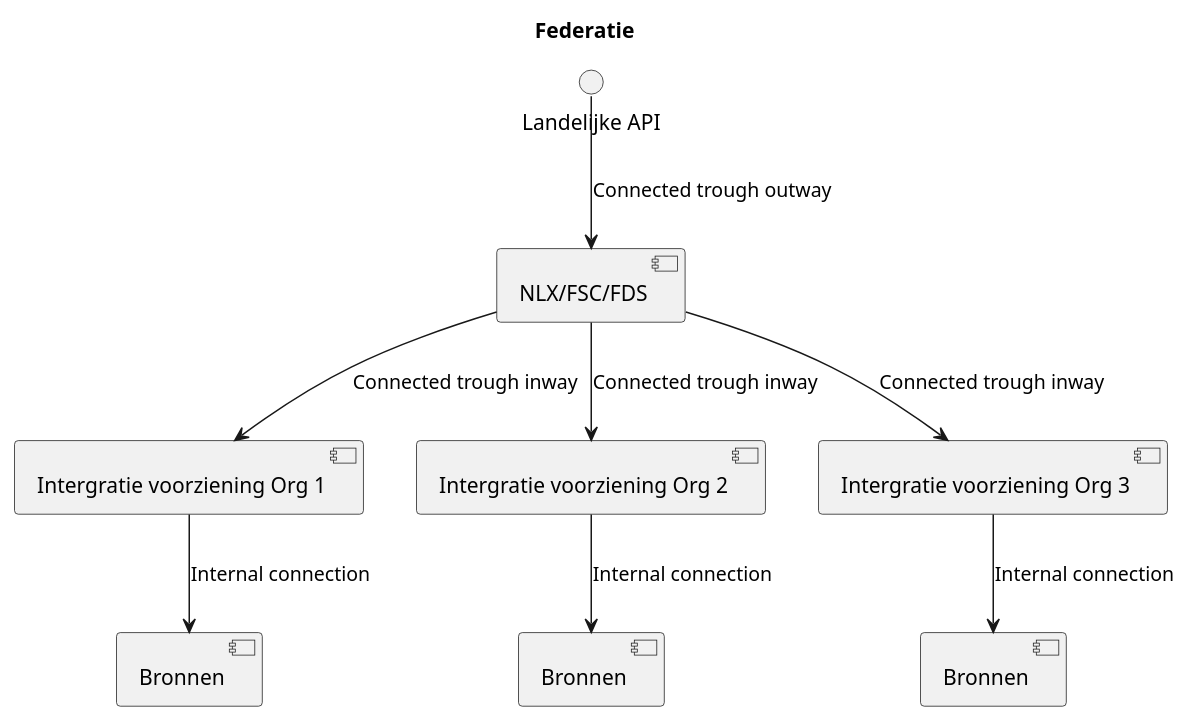
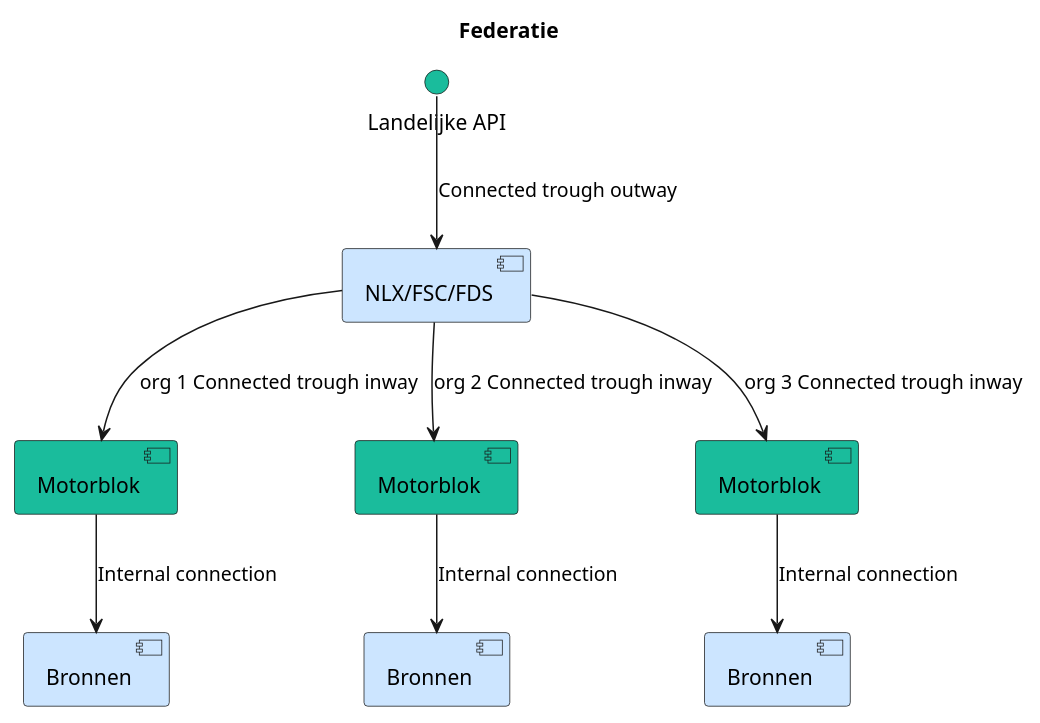
The diagram in docs/Federatie.puml (ConductionNL/woo-website-template), drawn with PlantUML before and after one commit. The commit also changed 7 other files, not shown here.

Commit message:
Update op de architectuur plaat

```diff
--- a/docs/Federatie.puml
+++ b/docs/Federatie.puml
@@ -1,25 +1,25 @@
 @startuml
 title Federatie
 
 ' User Interface Component
-interface "Landelijke API" as Api
+interface "Landelijke API" as Api #1abc9c
 
 ' Backend Components
-component "NLX/FSC/FDS" as NLX
-component "Intergratie voorziening Org 1" as Org1
-component "Intergratie voorziening Org 2" as Org2
-component "Intergratie voorziening Org 3" as Org3
-component "Bronnen" as BronnenOrg1
-component "Bronnen" as BronnenOrg2
-component "Bronnen" as BronnenOrg3
+component "NLX/FSC/FDS" as NLX #cce5ff
+component "Motorblok" as Org1 #1abc9c
+component "Motorblok" as Org2 #1abc9c
+component "Motorblok" as Org3 #1abc9c
+component "Bronnen" as BronnenOrg1 #cce5ff
+component "Bronnen" as BronnenOrg2 #cce5ff
+component "Bronnen" as BronnenOrg3 #cce5ff
 
 ' Relationships
 Api -down-> NLX : Connected trough outway
-NLX -down-> Org1 : Connected trough inway
-NLX -down-> Org2 : Connected trough inway
-NLX -down-> Org3 : Connected trough inway
+NLX -down-> Org1 : org 1 Connected trough inway
+NLX -down-> Org2 : org 2 Connected trough inway
+NLX -down-> Org3 : org 3 Connected trough inway
 Org1 -down-> BronnenOrg1 : Internal connection
 Org2 -down-> BronnenOrg2 : Internal connection
 Org3 -down-> BronnenOrg3 : Internal connection
 
 @enduml
```
